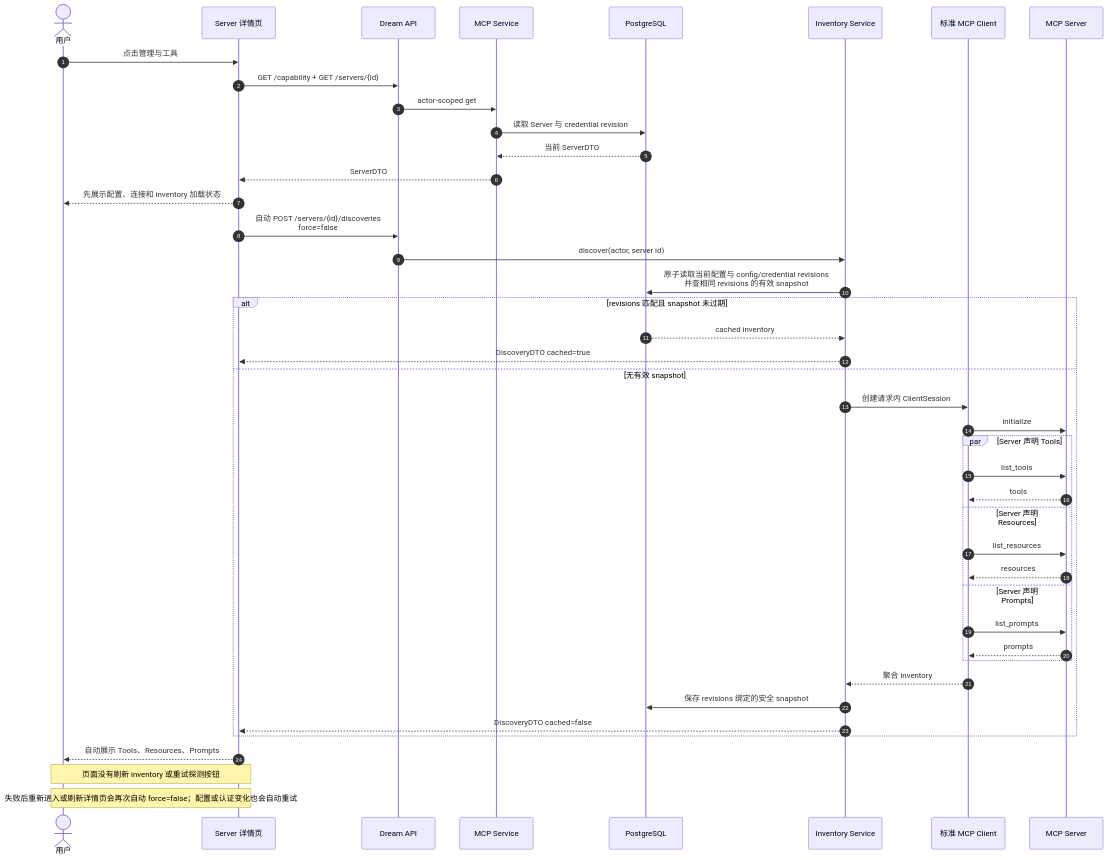
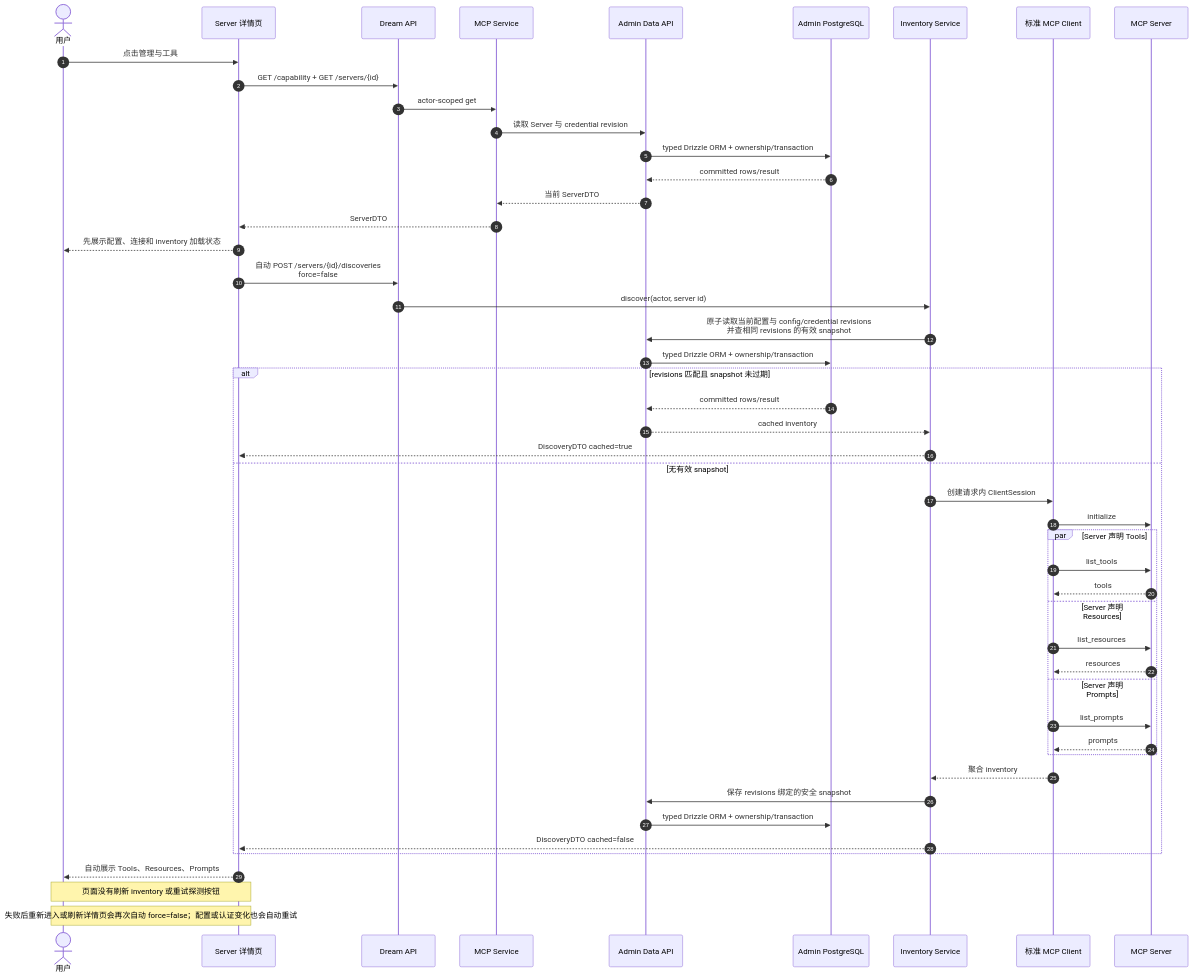
Before and after one commit to glide-the/im-dream: the third of 10 diagrams in docs/design/claude-agent/dream-managed-mcp-business-sequences.md, drawn with Mermaid. The commit also changed other lines of this file and 30 other files, not shown here.

```diff
--- a/docs/design/claude-agent/dream-managed-mcp-business-sequences.md
+++ b/docs/design/claude-agent/dream-managed-mcp-business-sequences.md
@@ -102,46 +109,52 @@
 ~~~mermaid
 sequenceDiagram
     autonumber
     actor U as 用户
     participant UI as Server 详情页
     participant API as Dream API
     participant S as MCP Service
-    participant DB as PostgreSQL
+    participant Admin as Admin Data API
+    participant DB as Admin PostgreSQL
     participant D as Inventory Service
     participant C as 标准 MCP Client
     participant M as MCP Server
 
     U->>UI: 点击管理与工具
     UI->>API: GET /capability + GET /servers/{id}
     API->>S: actor-scoped get
-    S->>DB: 读取 Server 与 credential revision
-    DB-->>S: 当前 ServerDTO
+    S->>Admin: 读取 Server 与 credential revision
+    Admin->>DB: typed Drizzle ORM + ownership/transaction
+    DB-->>Admin: committed rows/result
+    Admin-->>S: 当前 ServerDTO
     S-->>UI: ServerDTO
     UI-->>U: 先展示配置、连接和 inventory 加载状态
     UI->>API: 自动 POST /servers/{id}/discoveries<br/>force=false
     API->>D: discover(actor, server id)
-    D->>DB: 原子读取当前配置与 config/credential revisions<br/>并查相同 revisions 的有效 snapshot
+    D->>Admin: 原子读取当前配置与 config/credential revisions<br/>并查相同 revisions 的有效 snapshot
+    Admin->>DB: typed Drizzle ORM + ownership/transaction
     alt revisions 匹配且 snapshot 未过期
-        DB-->>D: cached inventory
+        DB-->>Admin: committed rows/result
+        Admin-->>D: cached inventory
         D-->>UI: DiscoveryDTO cached=true
     else 无有效 snapshot
         D->>C: 创建请求内 ClientSession
         C->>M: initialize
         par Server 声明 Tools
             C->>M: list_tools
             M-->>C: tools
         and Server 声明 Resources
             C->>M: list_resources
             M-->>C: resources
         and Server 声明 Prompts
             C->>M: list_prompts
             M-->>C: prompts
         end
         C-->>D: 聚合 inventory
-        D->>DB: 保存 revisions 绑定的安全 snapshot
+        D->>Admin: 保存 revisions 绑定的安全 snapshot
+        Admin->>DB: typed Drizzle ORM + ownership/transaction
         D-->>UI: DiscoveryDTO cached=false
     end
     UI-->>U: 自动展示 Tools、Resources、Prompts
     Note over U,UI: 页面没有刷新 inventory 或重试探测按钮
     Note over U,UI: 失败后重新进入或刷新详情页会再次自动 force=false；配置或认证变化也会自动重试
 ~~~
```
